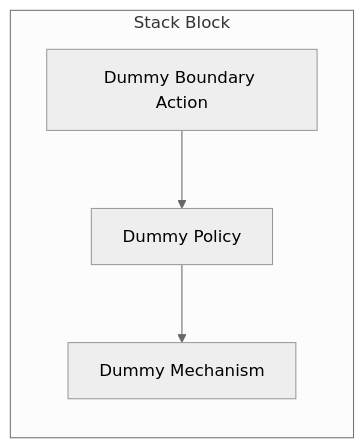
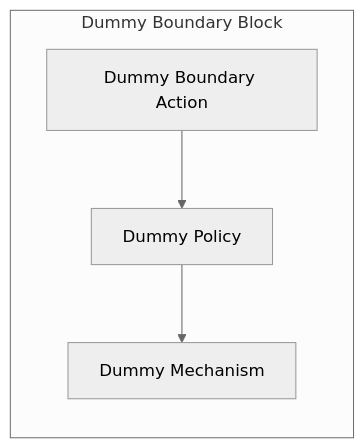
The first of 2 diagrams in dev/Test.md (BlockScience/MSML), drawn with Mermaid (neutral theme) before and after one commit. The commit also changed other lines of this file and 7 other files, not shown here.

````diff
--- a/dev/Test.md
+++ b/dev/Test.md
@@ -6,11 +1,11 @@
 ```mermaid
 graph TB
-subgraph X4[Stack Block]
+subgraph X4[Dummy Boundary Block]
 direction TB
 X1[Dummy Boundary Action]
 X2[Dummy Policy]
 X3[Dummy Mechanism]
 X1-->X2
 X2-->X3
 end
 ```
````
